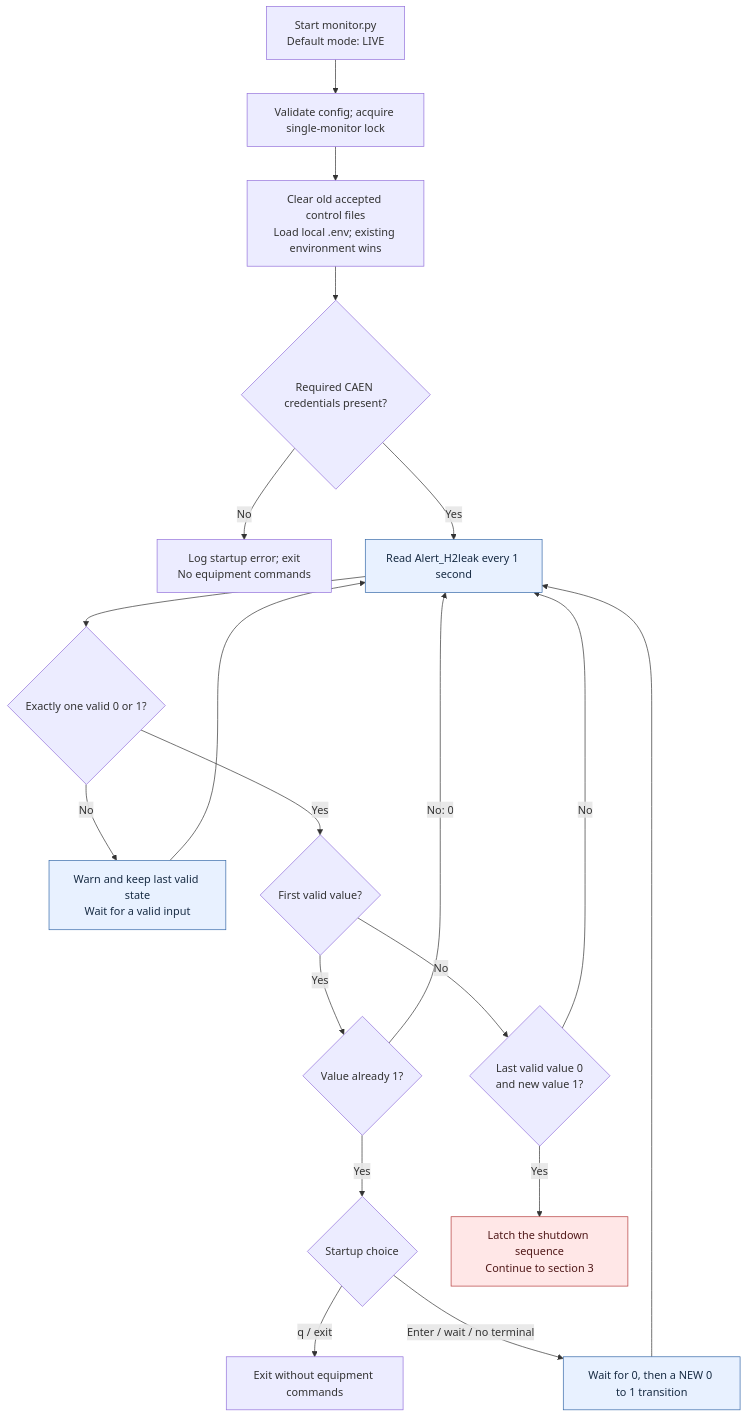
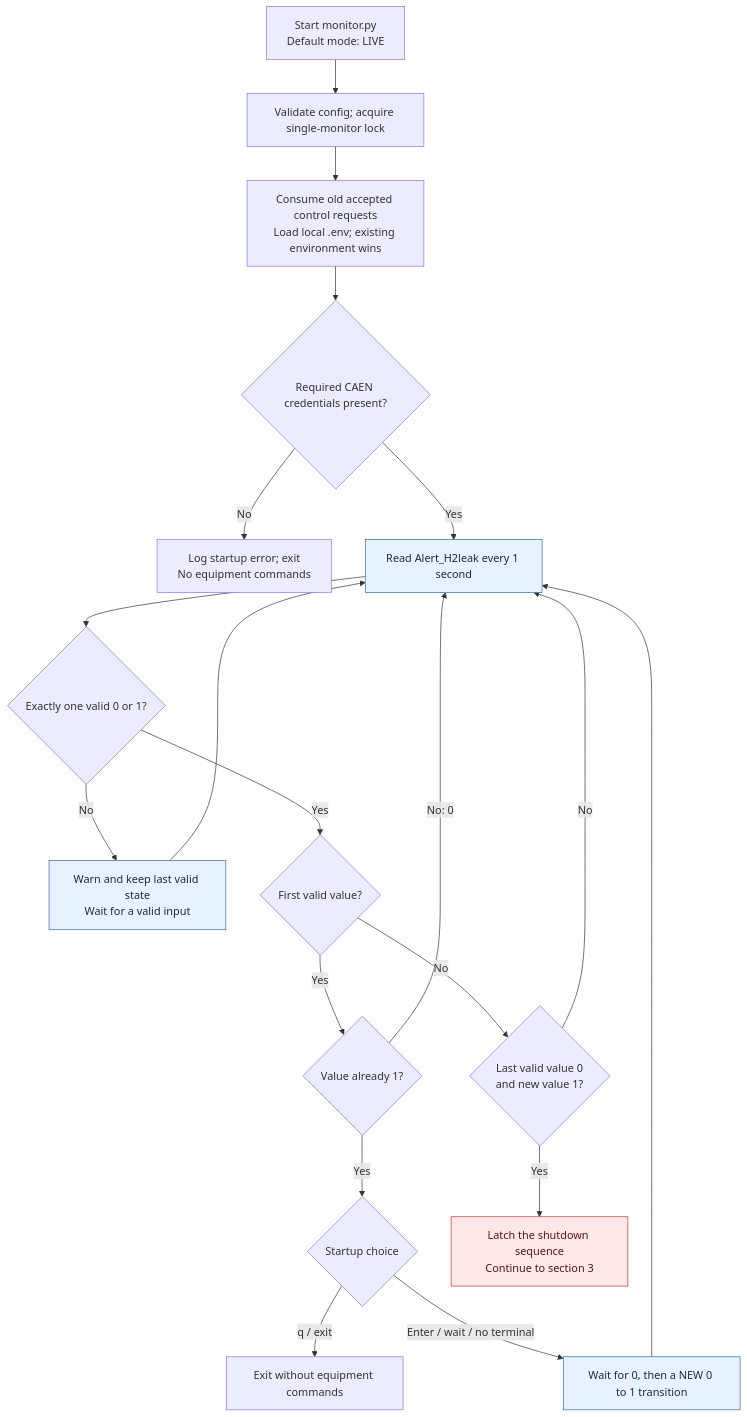
One commit to hyptpc/lh2_leak_monitor changed the second of 5 diagrams in operation-guide/README.md. Above: the diagram before and after it, drawn with Mermaid. The commit also changed other lines of this file and 8 other files, not shown here.

```diff
--- a/operation-guide/README.md
+++ b/operation-guide/README.md
@@ -82,25 +82,25 @@
 ~~~mermaid
 flowchart TD
     A["Start monitor.py<br/>Default mode: LIVE"] --> B["Validate config; acquire single-monitor lock"]
-    B --> C["Clear old accepted control files<br/>Load local .env; existing environment wins"]
+    B --> C["Consume old accepted control requests<br/>Load local .env; existing environment wins"]
     C --> K{"Required CAEN credentials present?"}
     K -->|No| E["Log startup error; exit<br/>No equipment commands"]
     K -->|Yes| S["Read Alert_H2leak every 1 second"]
     S --> V{"Exactly one valid 0 or 1?"}
     V -->|No| BAD["Warn and keep last valid state<br/>Wait for a valid input"]
     BAD --> S
     V -->|Yes| FIRST{"First valid value?"}
     FIRST -->|Yes| ONE{"Value already 1?"}
     ONE -->|No: 0| S
     ONE -->|Yes| CHOICE{"Startup choice"}
     CHOICE -->|q / exit| EXIT["Exit without equipment commands"]
     CHOICE -->|Enter / wait / no terminal| RESET["Wait for 0, then a NEW 0 to 1 transition"]
     RESET --> S
     FIRST -->|No| EDGE{"Last valid value 0<br/>and new value 1?"}
     EDGE -->|No| S
     EDGE -->|Yes| RUN["Latch the shutdown sequence<br/>Continue to section 3"]
     classDef alert fill:#ffe7e7,stroke:#b33a3a,color:#501919;
     classDef wait fill:#e8f1ff,stroke:#3568a8,color:#182c44;
     class RUN alert;
     class S,BAD,RESET wait;
 ~~~
```
